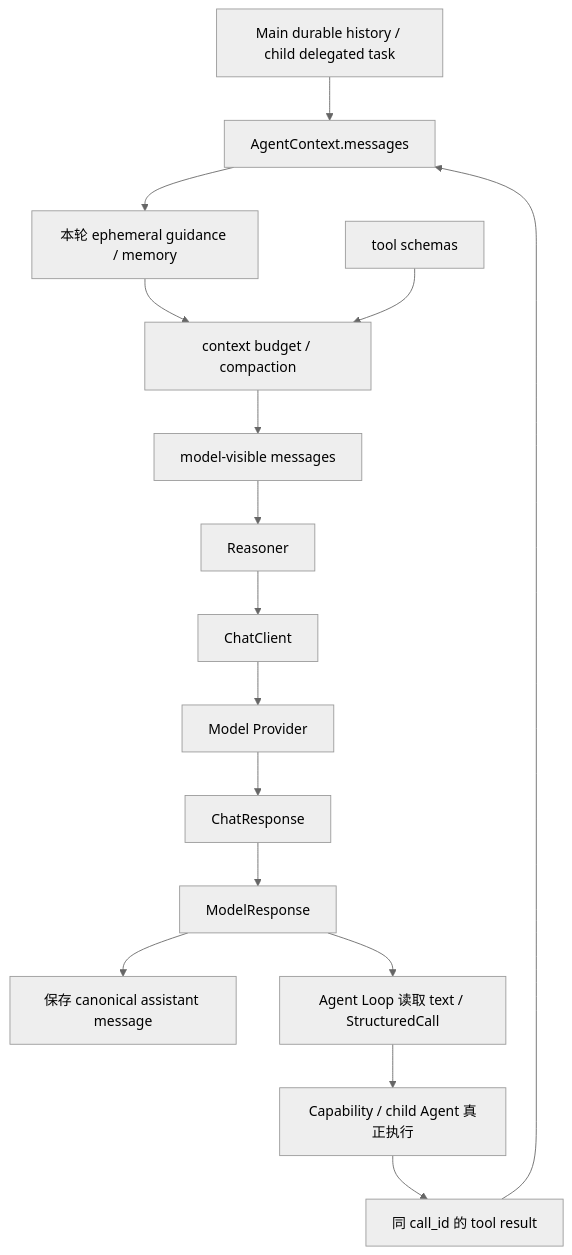
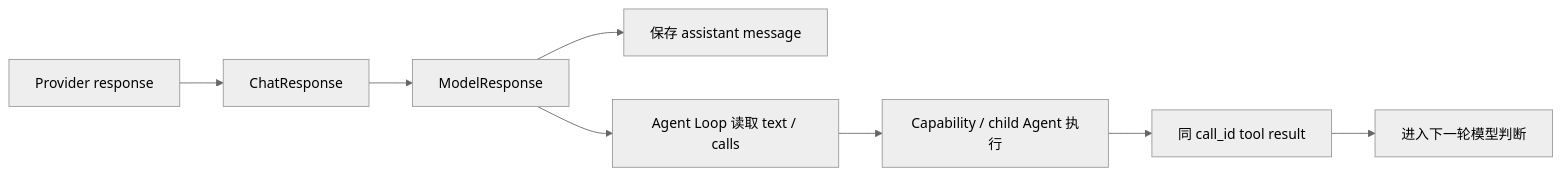
The eighth of 8 diagrams in docs/04-model-and-context-protocol.md (Arthur999459up/GitAgent), drawn with Mermaid (neutral theme) before and after one commit. The commit also changed other lines of this file and 15 other files, not shown here.

````diff
--- a/docs/04-model-and-context-protocol.md
+++ b/docs/04-model-and-context-protocol.md
@@ -455,18 +260,10 @@
 ```mermaid
-flowchart TD
-    H[Main durable history / child delegated task] --> A[AgentContext.messages]
-    A --> E[本轮 ephemeral guidance / memory]
-    E --> C[context budget / compaction]
-    T[tool schemas] --> C
-    C --> Q[model-visible messages]
-    Q --> R[Reasoner]
-    R --> CC[ChatClient]
-    CC --> P[Model Provider]
-    P --> CR[ChatResponse]
-    CR --> MR[ModelResponse]
-    MR --> AM[保存 canonical assistant message]
-    MR --> L[Agent Loop 读取 text / StructuredCall]
-    L --> X[Capability / child Agent 真正执行]
-    X --> TR[同 call_id 的 tool result]
-    TR --> A
+flowchart LR
+    P[Provider response] --> C[ChatResponse]
+    C --> R[ModelResponse]
+    R --> A[保存 assistant message]
+    R --> L[Agent Loop 读取 text / calls]
+    L --> X[Capability / child Agent 执行]
+    X --> T[同 call_id tool result]
+    T --> N[进入下一轮模型判断]
 ```
````
